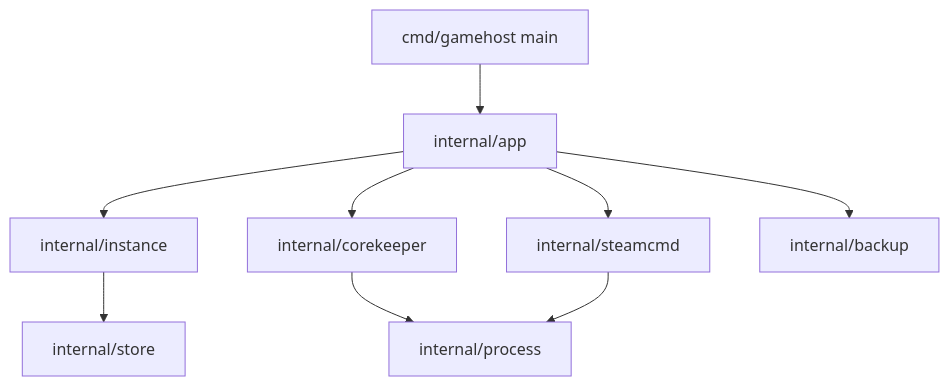
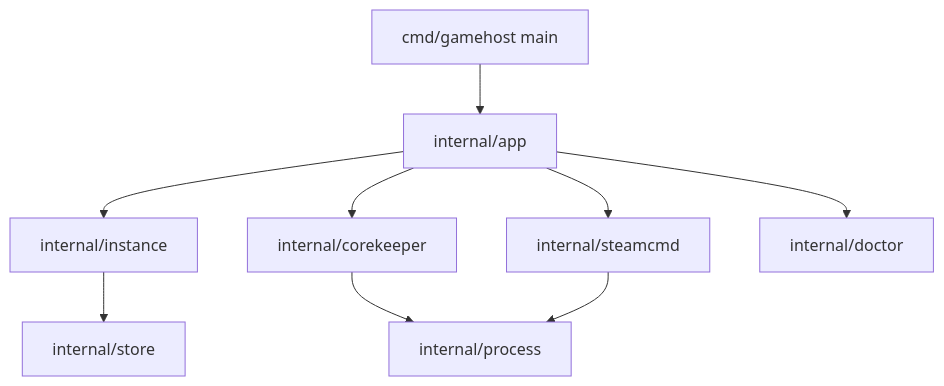
Before and after one commit to SyberFoxx/gamehost: the first of 2 diagrams in README.md, drawn with Mermaid. The commit also changed other lines of this file and 6 other files, not shown here.

````diff
--- a/README.md
+++ b/README.md
@@ -96,11 +137,11 @@
 ```mermaid
 graph TD
     A["cmd/gamehost main"] --> B["internal/app"]
     B --> C["internal/instance"]
     B --> D["internal/corekeeper"]
     B --> E["internal/steamcmd"]
-    B --> F["internal/backup"]
-    C --> H["internal/store"]
-    D --> I["internal/process"]
-    E --> I
+    B --> F["internal/doctor"]
+    C --> G["internal/store"]
+    D --> H["internal/process"]
+    E --> H
 ```
````
